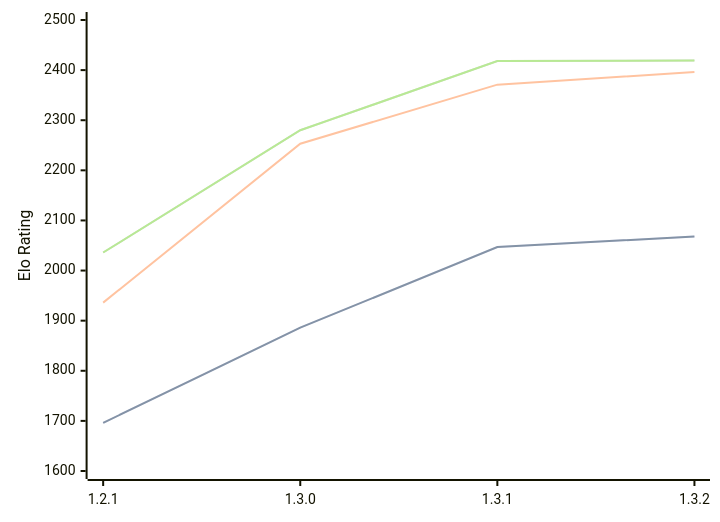
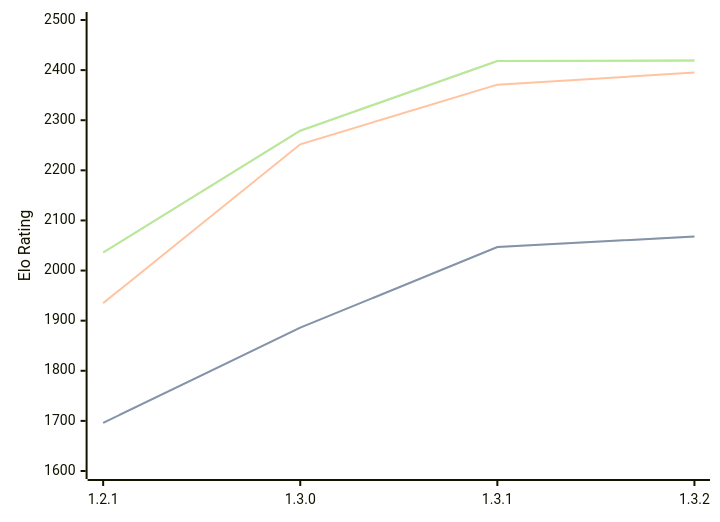
Before and after one commit to computer-chess-index/cci: the diagram in engines/Chal.md, drawn with Mermaid. The commit also changed other lines of this file, not shown here.

Commit message:
Update CCI Ratings (ELO VLTC) - 2026-03-23

````diff
--- a/engines/Chal.md
+++ b/engines/Chal.md
@@ -37,11 +37,11 @@
 ```mermaid
 %%{init: {"theme":"base","themeVariables":{"seriesColors:['#a3a3a3','#222221','#faa371']}}}%%
 xychart-beta
   x-axis ["1.2.1", "1.3.0", "1.3.1", "1.3.2"]
   y-axis "Elo Rating" 1600 --> 2500
   line "STC (8.0+0.08s)" [1696, 1886, 2047, 2068]
   line "STC (8.0+0.08s)" [1696, 1886, 2047, 2068]
-  line "LTC (60.0+0.60s)" [1936, 2253, 2371, 2396]
-  line "VLTC (2m24s+1.12s)" [2036, 2280, 2418, 2419]
-  line "VLTC (2m24s+1.12s)" [2036, 2280, 2418, 2419]
+  line "LTC (60.0+0.60s)" [1935, 2252, 2371, 2395]
+  line "VLTC (2m24s+1.12s)" [2036, 2279, 2418, 2419]
+  line "VLTC (2m24s+1.12s)" [2036, 2279, 2418, 2419]
 ```
````
